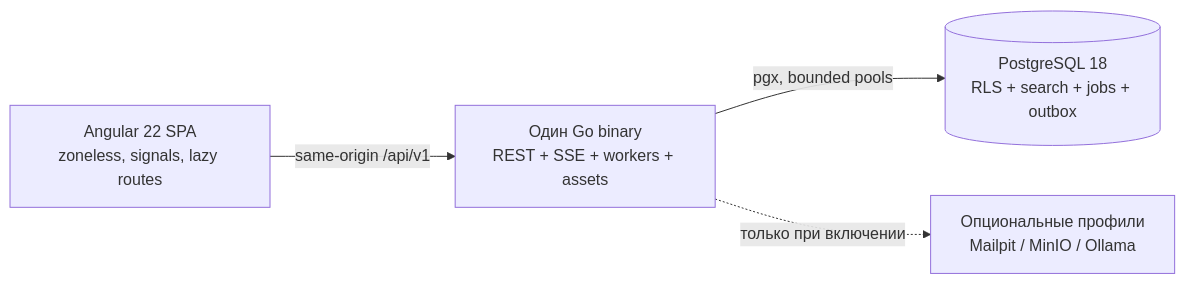
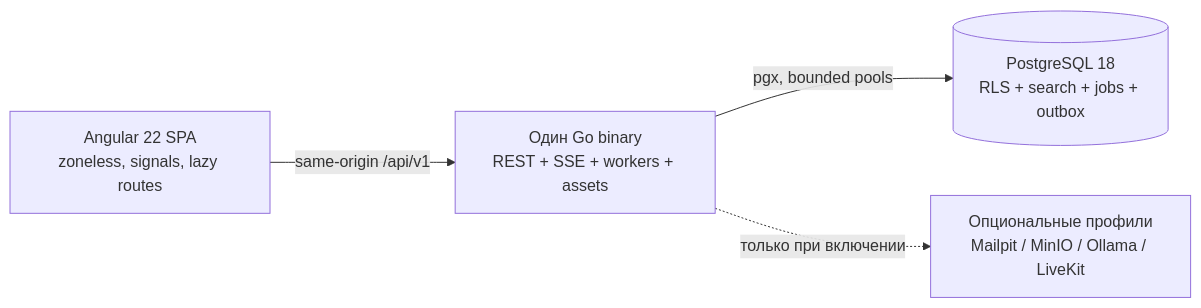
Before and after one commit to intrider-dev/veltrix-crm: the diagram in README.ru.md, drawn with Mermaid. The commit also changed other lines of this file and 26 other files, not shown here.

Commit message:
docs: update architecture and verified evidence

````diff
--- a/README.ru.md
+++ b/README.ru.md
@@ -31,11 +33,11 @@
 ```mermaid
 flowchart LR
   B[Angular 22 SPA\nzoneless, signals, lazy routes]
   A[Один Go binary\nREST + SSE + workers + assets]
   P[(PostgreSQL 18\nRLS + search + jobs + outbox)]
-  O[Опциональные профили\nMailpit / MinIO / Ollama]
+  O[Опциональные профили\nMailpit / MinIO / Ollama / LiveKit]
 
   B -->|same-origin /api/v1| A
   A -->|pgx, bounded pools| P
   A -. только при включении .-> O
 ```
````
